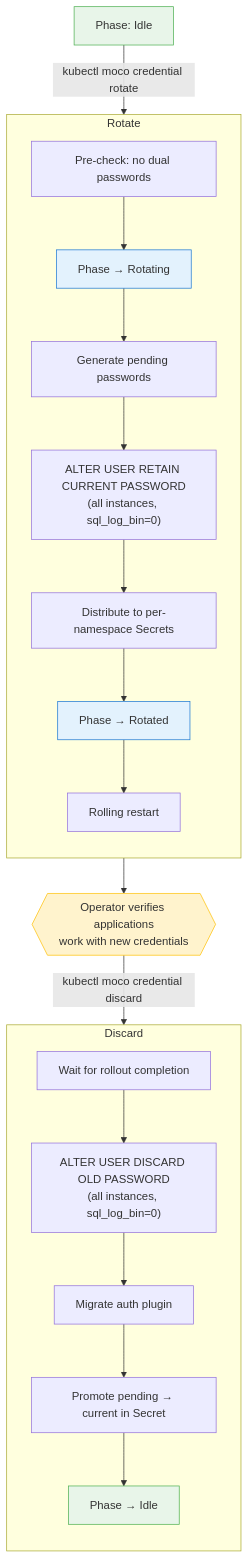
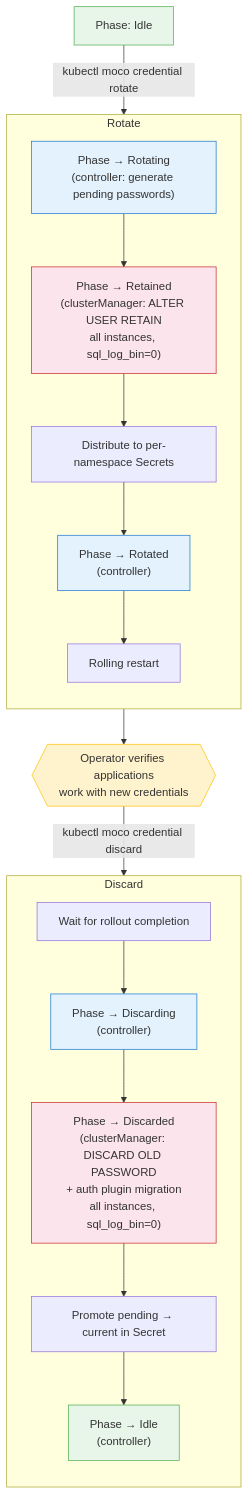
One commit to cybozu-go/moco changed the diagram in docs/designdoc/password_rotation.md. Above: the diagram before and after it, drawn with Mermaid. The commit also changed other lines of this file and 11 other files, not shown here.

````diff
--- a/docs/designdoc/password_rotation.md
+++ b/docs/designdoc/password_rotation.md
@@ -33,43 +33,44 @@
 ```mermaid
 ---
 config:
   flowchart:
     useMaxWidth: false
 ---
 flowchart TD
     idle1["Phase: Idle"]
 
     subgraph rotate_op ["Rotate"]
         direction TB
-        p1_pre["Pre-check: no dual passwords"]
-        p1_phase1["Phase → Rotating"]
-        p1_gen["Generate pending passwords"]
-        p1_retain["ALTER USER RETAIN CURRENT PASSWORD<br/>(all instances, sql_log_bin=0)"]
+        p1_phase1["Phase → Rotating<br/>(controller: generate pending passwords)"]
+        p1_retain["Phase → Retained<br/>(clusterManager: ALTER USER RETAIN<br/>all instances, sql_log_bin=0)"]
         p1_dist["Distribute to per-namespace Secrets"]
-        p1_phase2["Phase → Rotated"]
+        p1_phase2["Phase → Rotated<br/>(controller)"]
         p1_restart["Rolling restart"]
-        p1_pre --> p1_phase1 --> p1_gen --> p1_retain --> p1_dist --> p1_phase2 --> p1_restart
+        p1_phase1 --> p1_retain --> p1_dist --> p1_phase2 --> p1_restart
     end
 
     verify{{"Operator verifies applications<br/>work with new credentials"}}
 
     subgraph discard_op ["Discard"]
         direction TB
         p2_gate["Wait for rollout completion"]
-        p2_discard["ALTER USER DISCARD OLD PASSWORD<br/>(all instances, sql_log_bin=0)"]
-        p2_migrate["Migrate auth plugin"]
+        p2_phase_disc["Phase → Discarding<br/>(controller)"]
+        p2_discard["Phase → Discarded<br/>(clusterManager: DISCARD OLD PASSWORD<br/>+ auth plugin migration<br/>all instances, sql_log_bin=0)"]
         p2_confirm["Promote pending → current in Secret"]
-        p2_idle["Phase → Idle"]
-        p2_gate --> p2_discard --> p2_migrate --> p2_confirm --> p2_idle
+        p2_idle["Phase → Idle<br/>(controller)"]
+        p2_gate --> p2_phase_disc --> p2_discard --> p2_confirm --> p2_idle
     end
 
     idle1 -- "kubectl moco credential rotate" --> rotate_op
     rotate_op --> verify
     verify -- "kubectl moco credential discard" --> discard_op
 
     style verify fill:#fff3cd,stroke:#ffc107
     style idle1 fill:#e8f5e9,stroke:#4caf50
     style p1_phase1 fill:#e3f2fd,stroke:#1976d2
+    style p1_retain fill:#fce4ec,stroke:#c62828
     style p1_phase2 fill:#e3f2fd,stroke:#1976d2
+    style p2_phase_disc fill:#e3f2fd,stroke:#1976d2
+    style p2_discard fill:#fce4ec,stroke:#c62828
     style p2_idle fill:#e8f5e9,stroke:#4caf50
 ```
````
